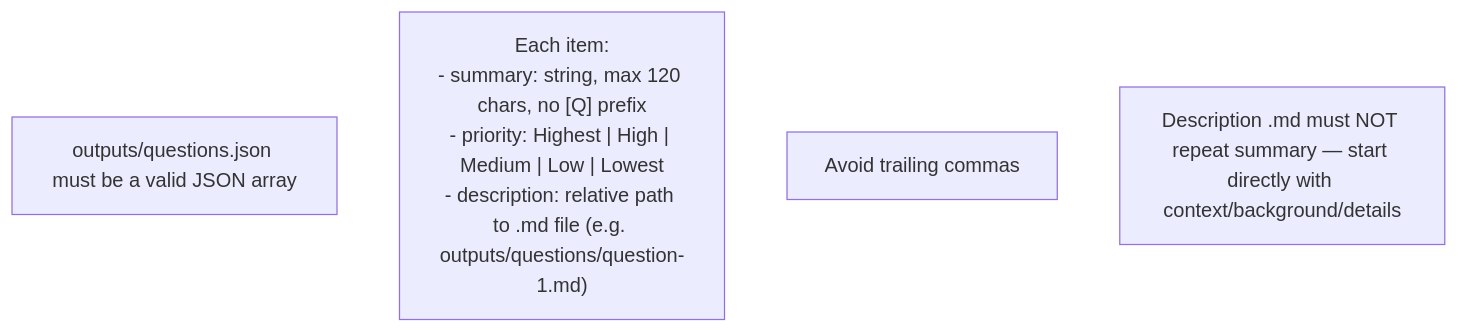
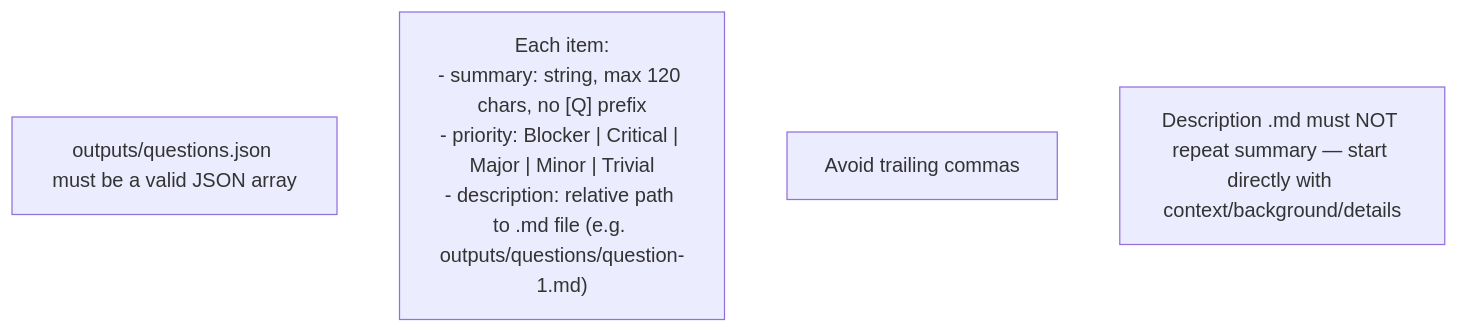
The diagram in instructions/story_questions/formatting_rules.md (uladzimir-klyshevich-epam/dmtools-agents), drawn with Mermaid before and after one commit. The commit also changed 11 other files, not shown here.

First line of the commit message:
fix: use standard Jira priority names (Blocker/Critical/Major/Minor/Trivial)

````diff
--- a/instructions/story_questions/formatting_rules.md
+++ b/instructions/story_questions/formatting_rules.md
@@ -1,7 +1,7 @@
 ```mermaid
 flowchart TD
     F1["outputs/questions.json must be a valid JSON array"]
-    F2["Each item:<br/>- summary: string, max 120 chars, no [Q] prefix<br/>- priority: Highest | High | Medium | Low | Lowest<br/>- description: relative path to .md file (e.g. outputs/questions/question-1.md)"]
+    F2["Each item:<br/>- summary: string, max 120 chars, no [Q] prefix<br/>- priority: Blocker | Critical | Major | Minor | Trivial<br/>- description: relative path to .md file (e.g. outputs/questions/question-1.md)"]
     F3["Avoid trailing commas"]
     F4["Description .md must NOT repeat summary — start directly with context/background/details"]
 ```
````
